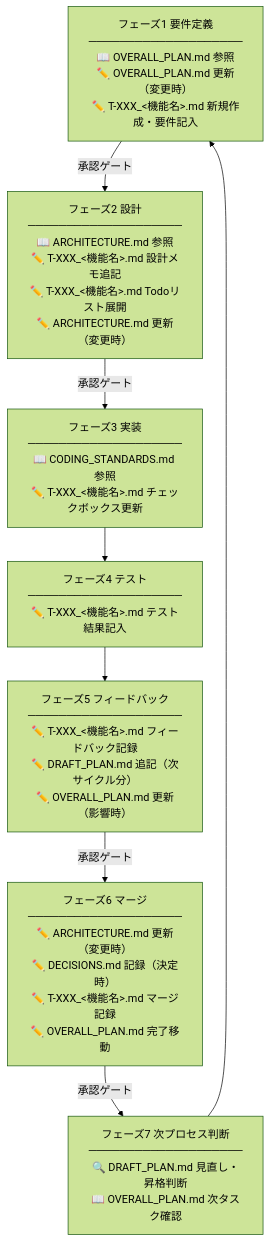
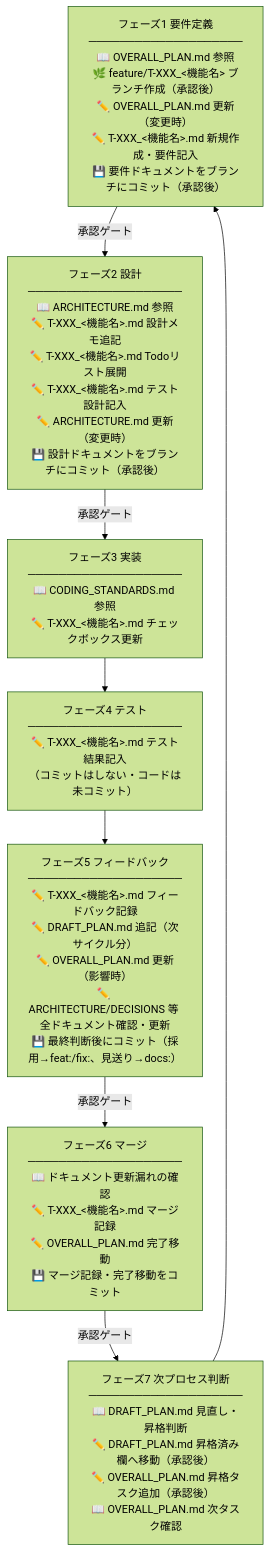
The second of 2 diagrams in CLAUDE.md (a-nishioka/docs-vibe-coding-process-definition), drawn with Mermaid (forest theme) before and after one commit. The commit also changed other lines of this file and 5 other files, not shown here.

````diff
--- a/CLAUDE.md
+++ b/CLAUDE.md
@@ -33,18 +33,18 @@
 ```mermaid
 flowchart TD
-    A["フェーズ1 要件定義<br>────────────────────<br>📖 OVERALL_PLAN.md 参照<br>✏️ OVERALL_PLAN.md 更新（変更時）<br>✏️ T-XXX_<機能名>.md 新規作成・要件記入"]
-    B["フェーズ2 設計<br>────────────────────<br>📖 ARCHITECTURE.md 参照<br>✏️ T-XXX_<機能名>.md 設計メモ追記<br>✏️ T-XXX_<機能名>.md Todoリスト展開<br>✏️ ARCHITECTURE.md 更新（変更時）"]
+    A["フェーズ1 要件定義<br>────────────────────<br>📖 OVERALL_PLAN.md 参照<br>🌿 feature/T-XXX_<機能名> ブランチ作成（承認後）<br>✏️ OVERALL_PLAN.md 更新（変更時）<br>✏️ T-XXX_<機能名>.md 新規作成・要件記入<br>💾 要件ドキュメントをブランチにコミット（承認後）"]
+    B["フェーズ2 設計<br>────────────────────<br>📖 ARCHITECTURE.md 参照<br>✏️ T-XXX_<機能名>.md 設計メモ追記<br>✏️ T-XXX_<機能名>.md Todoリスト展開<br>✏️ T-XXX_<機能名>.md テスト設計記入<br>✏️ ARCHITECTURE.md 更新（変更時）<br>💾 設計ドキュメントをブランチにコミット（承認後）"]
     C["フェーズ3 実装<br>────────────────────<br>📖 CODING_STANDARDS.md 参照<br>✏️ T-XXX_<機能名>.md チェックボックス更新"]
-    D["フェーズ4 テスト<br>────────────────────<br>✏️ T-XXX_<機能名>.md テスト結果記入"]
-    E["フェーズ5 フィードバック<br>────────────────────<br>✏️ T-XXX_<機能名>.md フィードバック記録<br>✏️ DRAFT_PLAN.md 追記（次サイクル分）<br>✏️ OVERALL_PLAN.md 更新（影響時）"]
-    F["フェーズ6 マージ<br>────────────────────<br>✏️ ARCHITECTURE.md 更新（変更時）<br>✏️ DECISIONS.md 記録（決定時）<br>✏️ T-XXX_<機能名>.md マージ記録<br>✏️ OVERALL_PLAN.md 完了移動"]
-    G["フェーズ7 次プロセス判断<br>────────────────────<br>🔍 DRAFT_PLAN.md 見直し・昇格判断<br>📖 OVERALL_PLAN.md 次タスク確認"]
+    D["フェーズ4 テスト<br>────────────────────<br>✏️ T-XXX_<機能名>.md テスト結果記入<br>（コミットはしない・コードは未コミット）"]
+    E["フェーズ5 フィードバック<br>────────────────────<br>✏️ T-XXX_<機能名>.md フィードバック記録<br>✏️ DRAFT_PLAN.md 追記（次サイクル分）<br>✏️ OVERALL_PLAN.md 更新（影響時）<br>✏️ ARCHITECTURE/DECISIONS 等 全ドキュメント確認・更新<br>💾 最終判断後にコミット（採用→feat:/fix:、見送り→docs:）"]
+    F["フェーズ6 マージ<br>────────────────────<br>📖 ドキュメント更新漏れの確認<br>✏️ T-XXX_<機能名>.md マージ記録<br>✏️ OVERALL_PLAN.md 完了移動<br>💾 マージ記録・完了移動をコミット"]
+    G["フェーズ7 次プロセス判断<br>────────────────────<br>📖 DRAFT_PLAN.md 見直し・昇格判断<br>✏️ DRAFT_PLAN.md 昇格済み欄へ移動（承認後）<br>✏️ OVERALL_PLAN.md 昇格タスク追加（承認後）<br>📖 OVERALL_PLAN.md 次タスク確認"]
 
     A -->|承認ゲート| B
     B -->|承認ゲート| C
     C --> D
     D --> E
     E -->|承認ゲート| F
     F -->|承認ゲート| G
     G --> A
 ```
````
